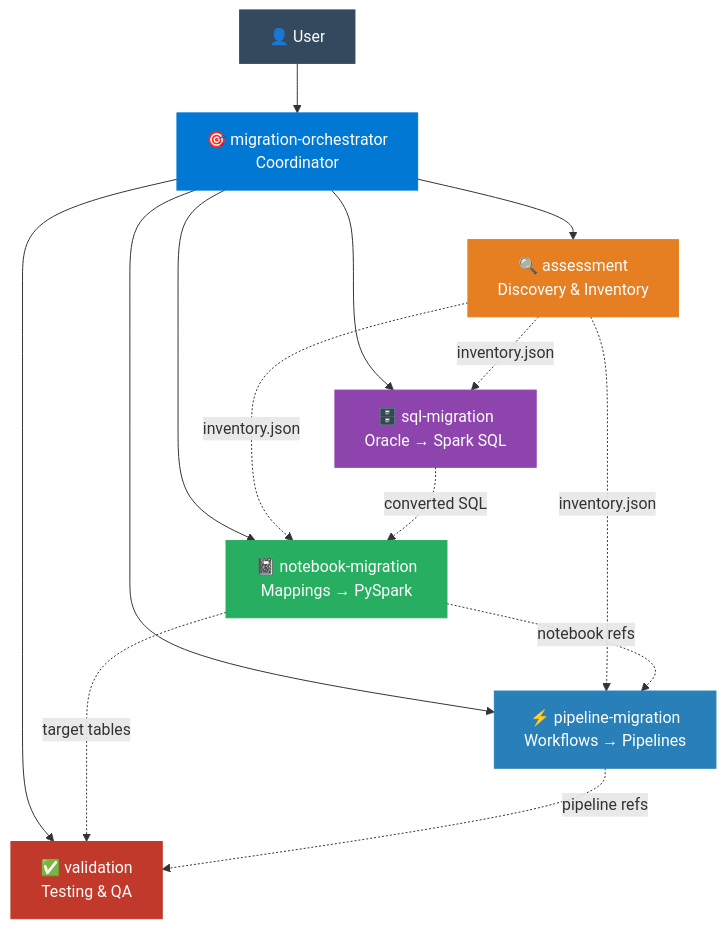
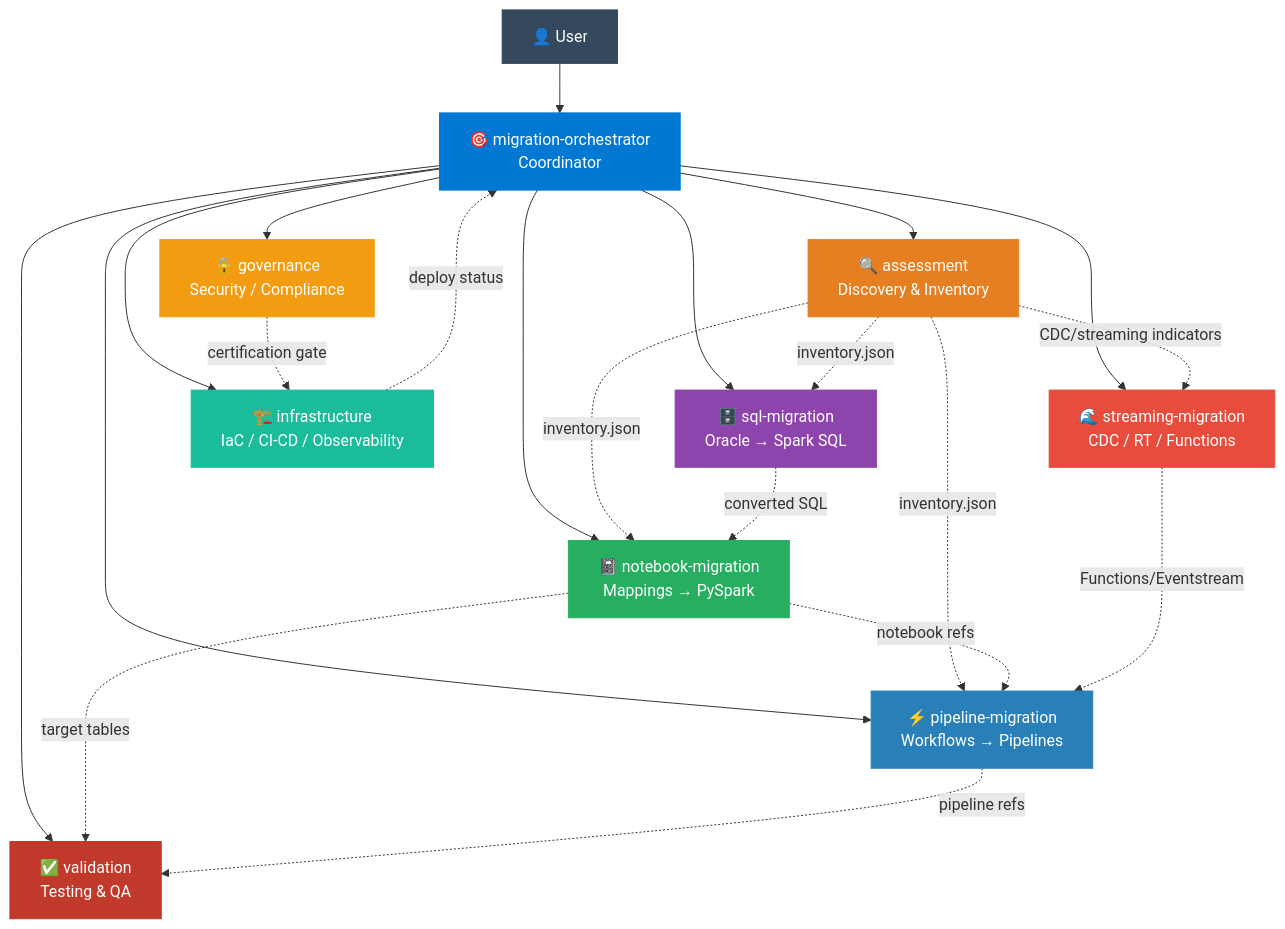
Before and after one commit to cyphou/InformaticaToFabric: the fourth of 6 diagrams in README.md, drawn with Mermaid. The commit also changed other lines of this file and 50 other files, not shown here.

First line of the commit message:
Expand multi-agent architecture from 6 to 9 agents, add migration_utils.py shared module

````diff
--- a/README.md
+++ b/README.md
@@ -619,25 +619,35 @@
 ```mermaid
 flowchart TB
     USER["👤 User"] --> ORCH
     ORCH["🎯 migration-orchestrator\nCoordinator"]
     ORCH --> ASS["🔍 assessment\nDiscovery & Inventory"]
     ORCH --> SQL["🗄️ sql-migration\nOracle → Spark SQL"]
     ORCH --> NB["📓 notebook-migration\nMappings → PySpark"]
     ORCH --> PL["⚡ pipeline-migration\nWorkflows → Pipelines"]
+    ORCH --> STR["🌊 streaming-migration\nCDC / RT / Functions"]
+    ORCH --> GOV["🔒 governance\nSecurity / Compliance"]
+    ORCH --> INF["🏗️ infrastructure\nIaC / CI-CD / Observability"]
     ORCH --> VAL["✅ validation\nTesting & QA"]
     ASS -.->|inventory.json| SQL
     ASS -.->|inventory.json| NB
     ASS -.->|inventory.json| PL
+    ASS -.->|CDC/streaming indicators| STR
     SQL -.->|converted SQL| NB
     NB -.->|notebook refs| PL
     NB -.->|target tables| VAL
     PL -.->|pipeline refs| VAL
+    STR -.->|Functions/Eventstream| PL
+    GOV -.->|certification gate| INF
+    INF -.->|deploy status| ORCH
 
     style ORCH fill:#0078D4,color:#fff,stroke:#0078D4
     style ASS fill:#E67E22,color:#fff,stroke:#E67E22
     style SQL fill:#8E44AD,color:#fff,stroke:#8E44AD
     style NB fill:#27AE60,color:#fff,stroke:#27AE60
     style PL fill:#2980B9,color:#fff,stroke:#2980B9
+    style STR fill:#E74C3C,color:#fff,stroke:#E74C3C
+    style GOV fill:#F39C12,color:#fff,stroke:#F39C12
+    style INF fill:#1ABC9C,color:#fff,stroke:#1ABC9C
     style VAL fill:#C0392B,color:#fff,stroke:#C0392B
     style USER fill:#34495E,color:#fff,stroke:#34495E
 ```
````
